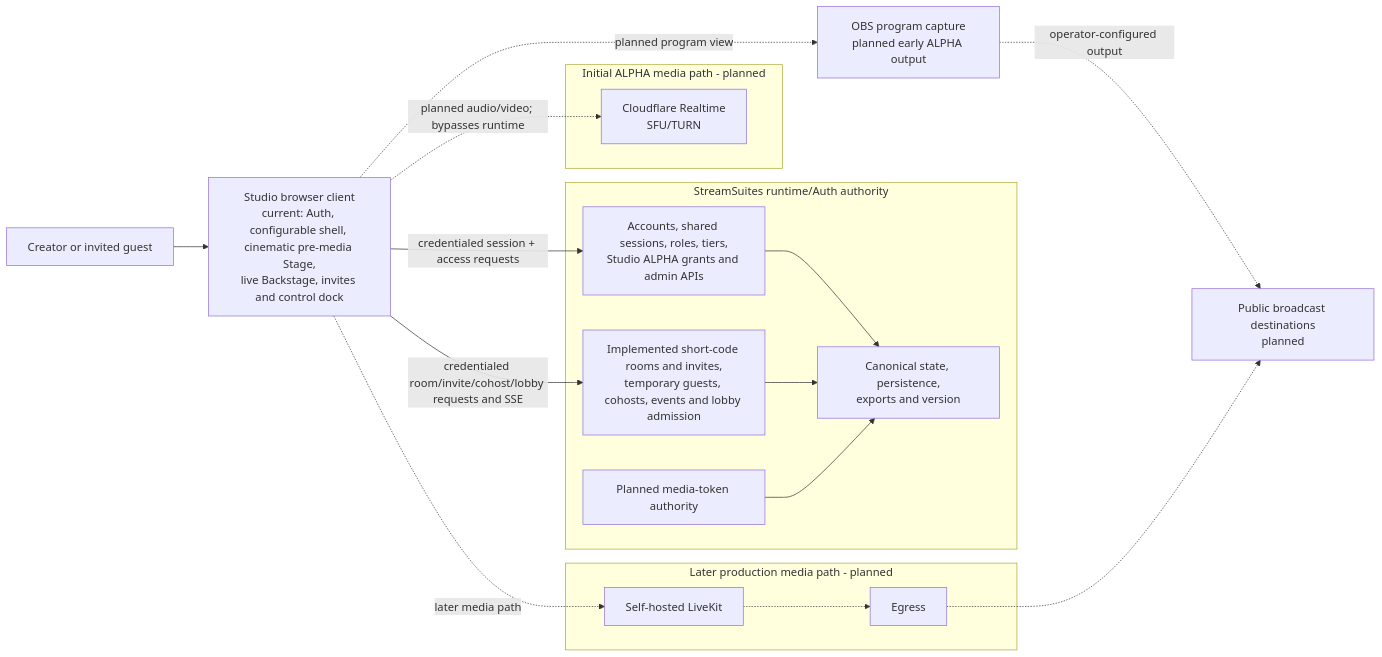
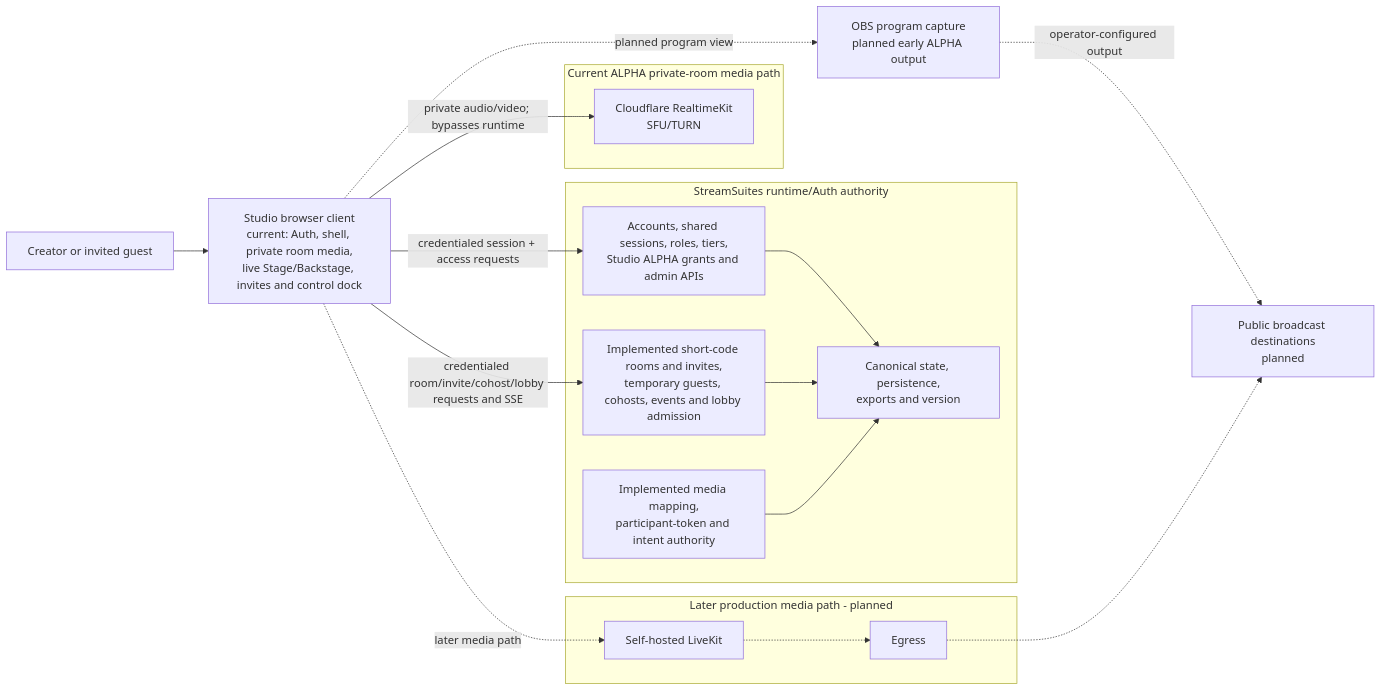
Before and after one commit to BSMediaGroup/StreamSuites-Studio: the diagram in docs/system-architecture.md, drawn with Mermaid. The commit also changed other lines of this file and 11 other files, not shown here.

First line of the commit message:
Complete RealtimeKit media rendering and synchronization

````diff
--- a/docs/system-architecture.md
+++ b/docs/system-architecture.md
@@ -9,39 +9,39 @@
 ```mermaid
 flowchart LR
     User["Creator or invited guest"]
-    Studio["Studio browser client<br/>current: Auth, configurable shell, cinematic pre-media Stage,<br/>live Backstage, invites and control dock"]
+    Studio["Studio browser client<br/>current: Auth, shell, private room media,<br/>live Stage/Backstage, invites and control dock"]
 
     subgraph Runtime["StreamSuites runtime/Auth authority"]
         Auth["Accounts, shared sessions, roles, tiers,<br/>Studio ALPHA grants and admin APIs"]
         Rooms["Implemented short-code rooms and invites,<br/>temporary guests, cohosts, events and lobby admission"]
-        MediaTokens["Planned media-token authority"]
+        MediaTokens["Implemented media mapping,<br/>participant-token and intent authority"]
         State["Canonical state, persistence,<br/>exports and version"]
     end
 
-    subgraph InitialMedia["Initial ALPHA media path - planned"]
-        Realtime["Cloudflare Realtime<br/>SFU/TURN"]
+    subgraph InitialMedia["Current ALPHA private-room media path"]
+        Realtime["Cloudflare RealtimeKit<br/>SFU/TURN"]
     end
 
     subgraph ProductionMedia["Later production media path - planned"]
         LiveKit["Self-hosted LiveKit"]
         Egress["Egress"]
     end
 
     OBS["OBS program capture<br/>planned early ALPHA output"]
     Destinations["Public broadcast destinations<br/>planned"]
 
     User --> Studio
     Studio -->|"credentialed session + access requests"| Auth
     Studio -->|"credentialed room/invite/cohost/lobby requests and SSE"| Rooms
     Auth --> State
     Rooms --> State
     MediaTokens --> State
 
-    Studio -. "planned audio/video; bypasses runtime" .-> Realtime
+    Studio -->|"private audio/video; bypasses runtime"| Realtime
     Studio -. "planned program view" .-> OBS
     OBS -. "operator-configured output" .-> Destinations
 
     Studio -. "later media path" .-> LiveKit
     LiveKit -.-> Egress
     Egress -.-> Destinations
 ```
````
